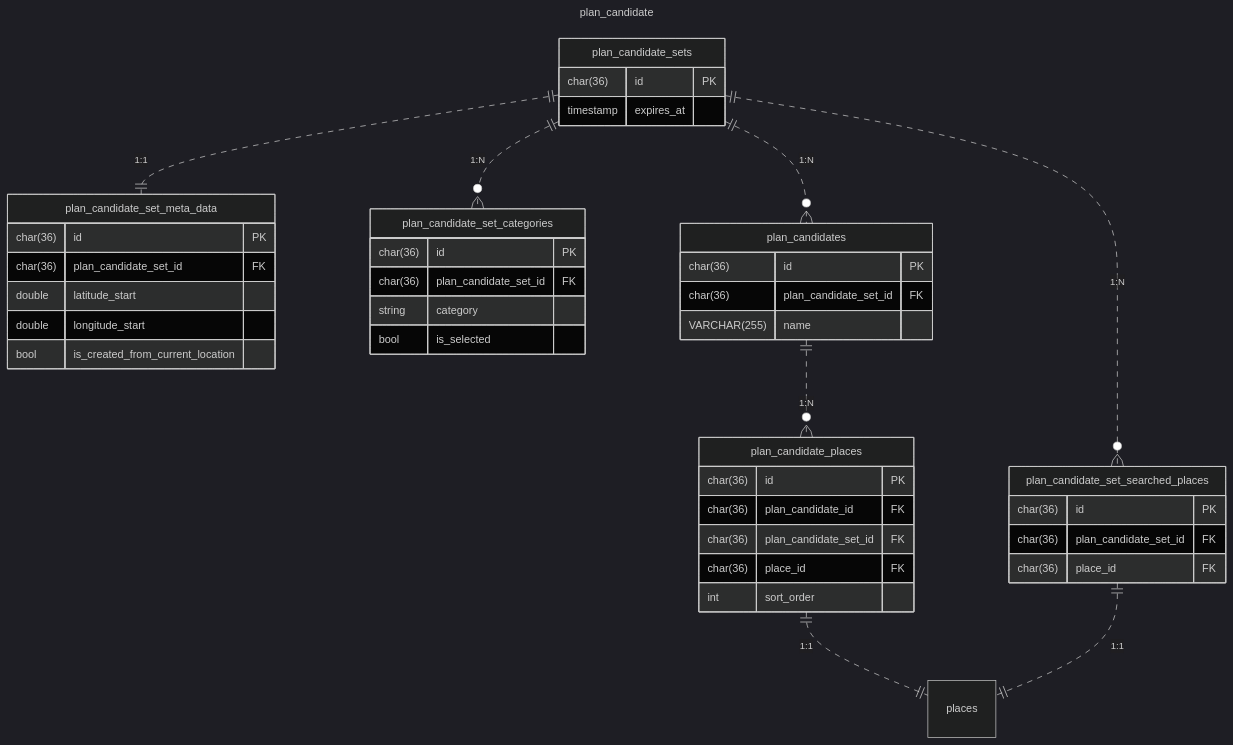
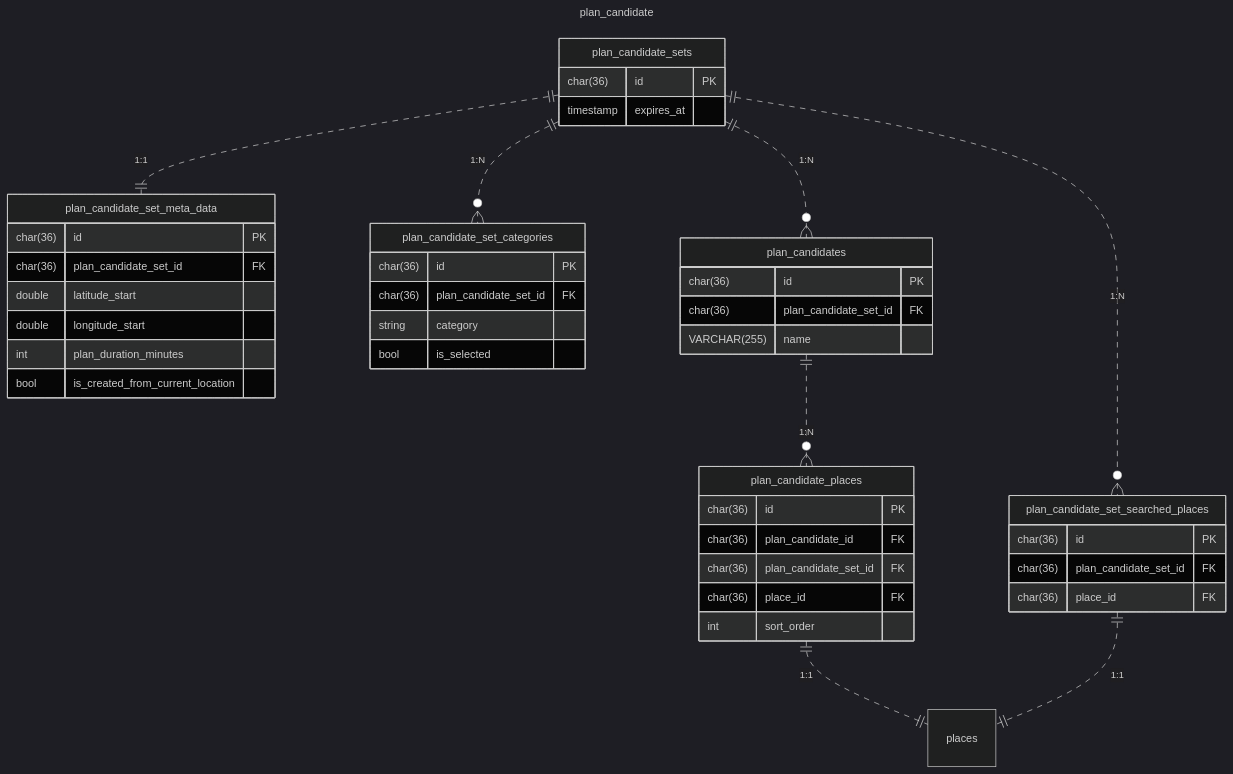
One commit to poroto-app/planner changed the third of 3 diagrams in doc/database/er.md. Above: the diagram before and after it, drawn with Mermaid (dark theme). The commit also changed 1 other file, not shown here.

Commit message:
feat(db): プランの長さを指定するプロパティを追加

````diff
--- a/doc/database/er.md
+++ b/doc/database/er.md
@@ -108,53 +108,54 @@
 ```mermaid
 ---
 title: plan_candidate
 ---
 erDiagram
     plan_candidate_sets {
         char(36) id PK
         timestamp expires_at
     }
 
     plan_candidate_set_meta_data {
         char(36) id PK
         char(36) plan_candidate_set_id FK
         double latitude_start
         double longitude_start
+        int plan_duration_minutes
         bool is_created_from_current_location
     }
 
     plan_candidate_set_searched_places {
         char(36) id PK
         char(36) plan_candidate_set_id FK
         char(36) place_id FK
     }
 
     plan_candidate_set_categories {
         char(36) id PK
         char(36) plan_candidate_set_id FK
         string category
         bool is_selected
     }
 
     plan_candidates {
         char(36) id PK
         char(36) plan_candidate_set_id FK
         VARCHAR(255) name
     }
 
     plan_candidate_places {
         char(36) id PK
         char(36) plan_candidate_id FK
         char(36) plan_candidate_set_id FK
         char(36) place_id FK
-        int sort_order 
+        int sort_order
     }
 
     plan_candidate_sets ||..o{ plan_candidates: "1:N"
     plan_candidate_sets ||..|| plan_candidate_set_meta_data: "1:1"
     plan_candidate_sets ||..o{ plan_candidate_set_categories: "1:N"
     plan_candidate_sets ||..o{ plan_candidate_set_searched_places: "1:N"
     plan_candidates ||..o{ plan_candidate_places: "1:N"
     plan_candidate_places ||..|| places: "1:1"
     plan_candidate_set_searched_places ||..|| places: "1:1"
 ```
````
